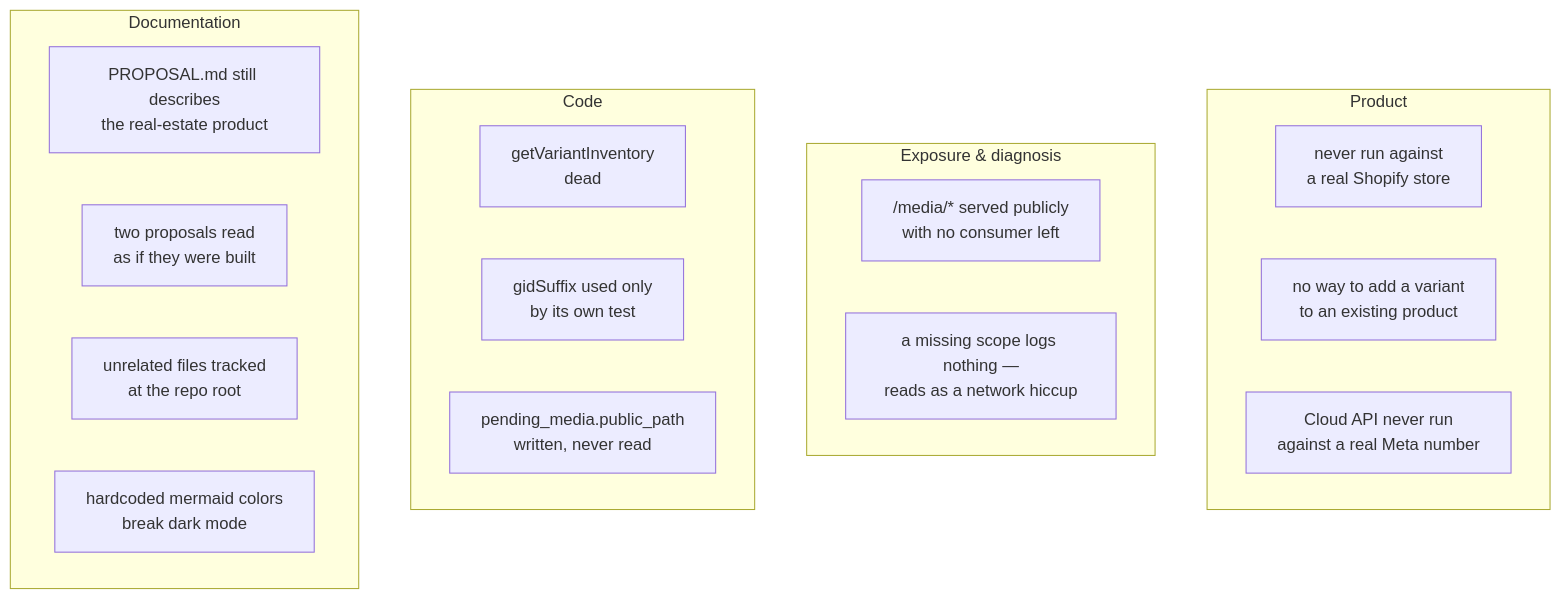
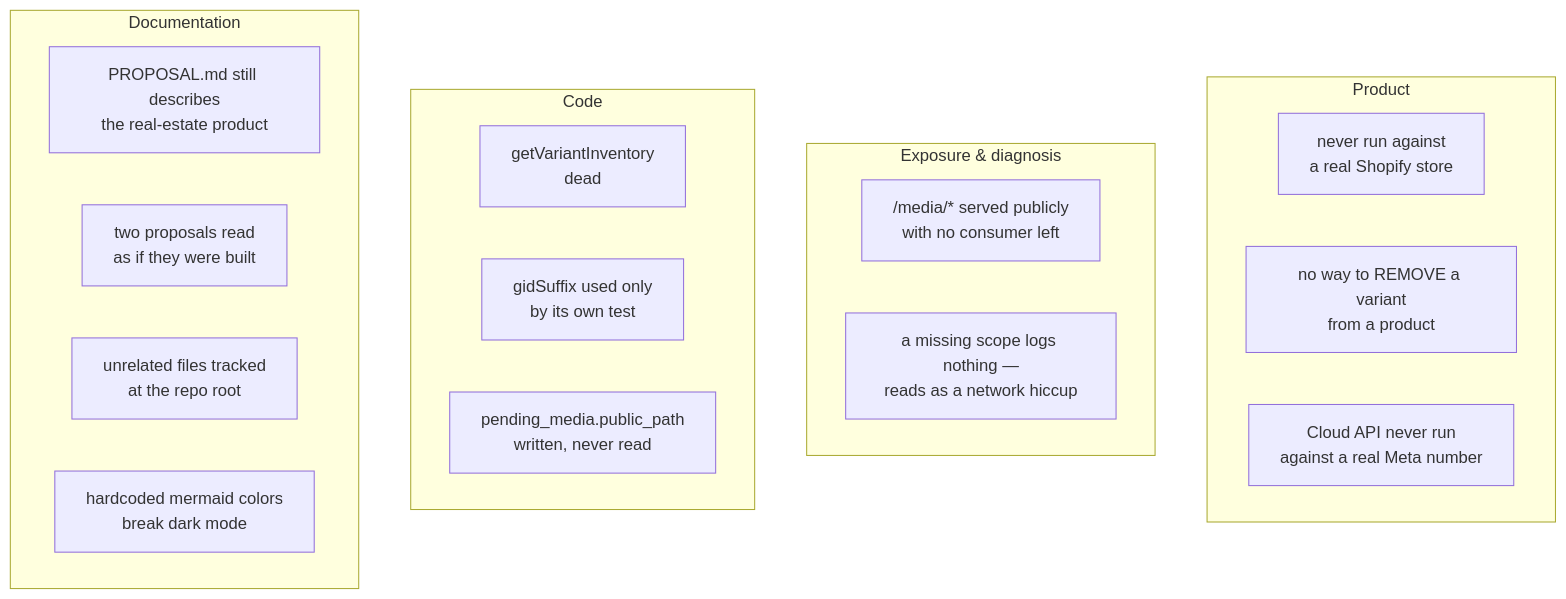
Before and after one commit to santiagoposadag/ShopifyVitrina: the diagram in docs/DEUDA.md, drawn with Mermaid. The commit also changed other lines of this file and 22 other files, not shown here.

````diff
--- a/docs/DEUDA.md
+++ b/docs/DEUDA.md
@@ -5,23 +5,23 @@
 ```mermaid
 graph TB
     subgraph PROD["Product"]
         L["never run against<br/>a real Shopify store"]
-        V["no way to add a variant<br/>to an existing product"]
+        V["no way to REMOVE a variant<br/>from a product"]
         W["Cloud API never run<br/>against a real Meta number"]
     end
     subgraph SEC["Exposure & diagnosis"]
         M["/media/* served publicly<br/>with no consumer left"]
         SC["a missing scope logs nothing —<br/>reads as a network hiccup"]
     end
     subgraph COD["Code"]
         G["getVariantInventory<br/>dead"]
         S["gidSuffix used only<br/>by its own test"]
         P["pending_media.public_path<br/>written, never read"]
     end
     subgraph DOC["Documentation"]
         PR["PROPOSAL.md still describes<br/>the real-estate product"]
         AG["two proposals read<br/>as if they were built"]
         CL["unrelated files tracked<br/>at the repo root"]
         CO2["hardcoded mermaid colors<br/>break dark mode"]
     end
 ```
````
